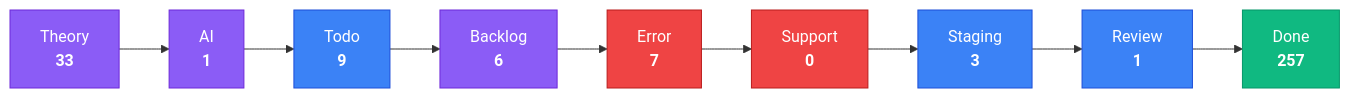
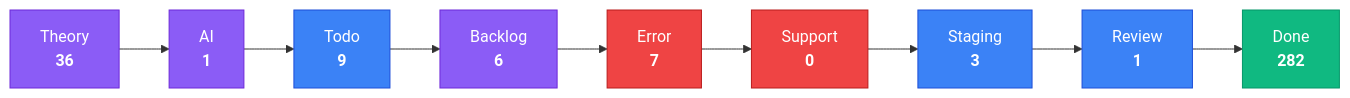
One commit to KBVE/kbve changed the third of 4 diagrams in apps/kbve/astro-kbve/src/content/docs/dashboard/kanban-data.mdx. Above: the diagram before and after it, drawn with Mermaid. The commit also changed other lines of this file and 8 other files, not shown here.

````diff
--- a/apps/kbve/astro-kbve/src/content/docs/dashboard/kanban-data.mdx
+++ b/apps/kbve/astro-kbve/src/content/docs/dashboard/kanban-data.mdx
@@ -80,28 +80,28 @@
 ```mermaid
 flowchart LR
     classDef planning fill:#8b5cf6,stroke:#6d28d9,color:#fff
     classDef active fill:#3b82f6,stroke:#1d4ed8,color:#fff
     classDef blocked fill:#ef4444,stroke:#b91c1c,color:#fff
     classDef done fill:#10b981,stroke:#059669,color:#fff
-    Theory["Theory<br/><strong>33</strong>"]
+    Theory["Theory<br/><strong>36</strong>"]
     Theory --> AI
     AI["AI<br/><strong>1</strong>"]
     AI --> Todo
     Todo["Todo<br/><strong>9</strong>"]
     Todo --> Backlog
     Backlog["Backlog<br/><strong>6</strong>"]
     Backlog --> Error
     Error["Error<br/><strong>7</strong>"]
     Error --> Support
     Support["Support<br/><strong>0</strong>"]
     Support --> Staging
     Staging["Staging<br/><strong>3</strong>"]
     Staging --> Review
     Review["Review<br/><strong>1</strong>"]
     Review --> Done
-    Done["Done<br/><strong>257</strong>"]
+    Done["Done<br/><strong>282</strong>"]
     class Theory,AI,Backlog planning
     class Todo,Staging,Review active
     class Error,Support blocked
     class Done done
 ```
````
